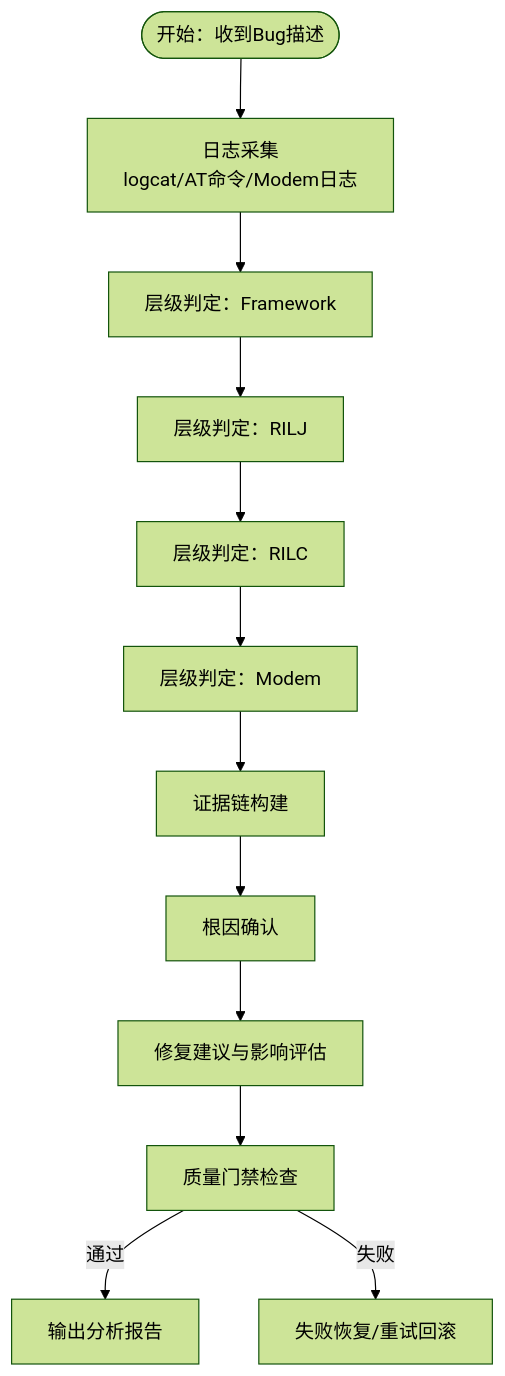
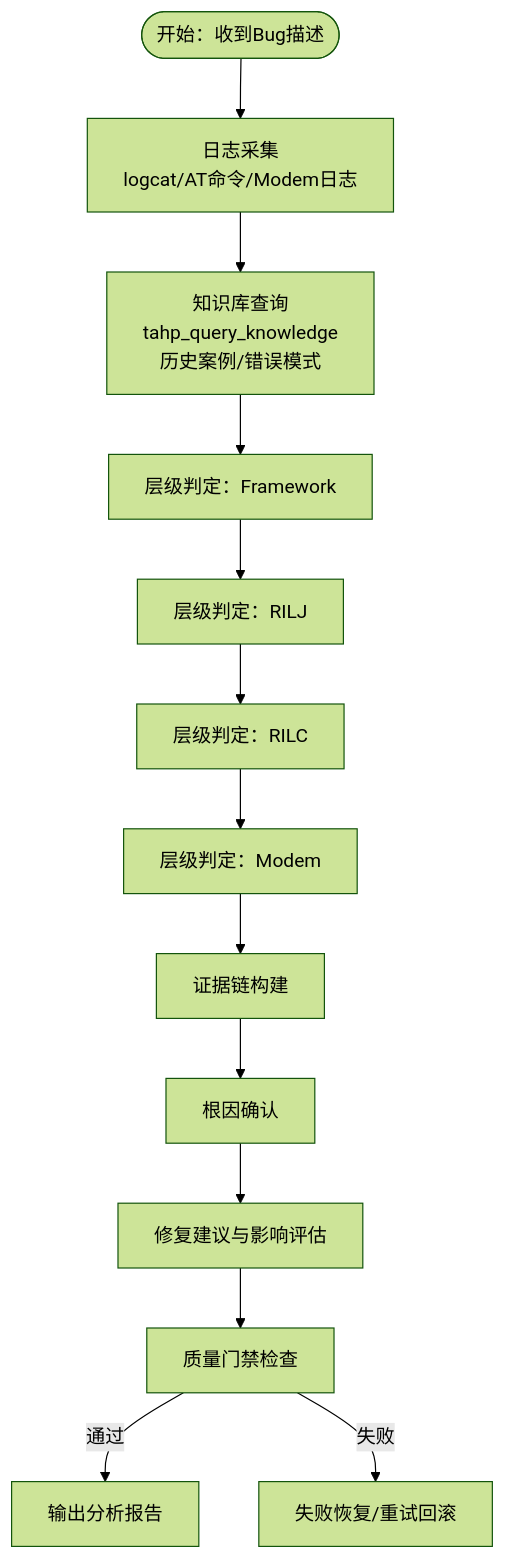
Before and after one commit to afcartevil/automated-test-script: the third of 6 diagrams in .qoder/repowiki/zh/content/项目概述/系统架构总览.md, drawn with Mermaid (forest theme). The commit also changed other lines of this file and 650 other files, not shown here.

````diff
--- a/.qoder/repowiki/zh/content/项目概述/系统架构总览.md
+++ b/.qoder/repowiki/zh/content/项目概述/系统架构总览.md
@@ -156,14 +200,15 @@
 ```mermaid
 flowchart TD
 Start(["开始：收到Bug描述"]) --> Collect["日志采集<br/>logcat/AT命令/Modem日志"]
-Collect --> Layer1["层级判定：Framework"]
+Collect --> QueryKB["知识库查询<br/>tahp_query_knowledge<br/>历史案例/错误模式"]
+QueryKB --> Layer1["层级判定：Framework"]
 Layer1 --> Layer2["层级判定：RILJ"]
 Layer2 --> Layer3["层级判定：RILC"]
 Layer3 --> Layer4["层级判定：Modem"]
 Layer4 --> Evidence["证据链构建"]
 Evidence --> RootCause["根因确认"]
 RootCause --> Plan["修复建议与影响评估"]
 Plan --> Gate["质量门禁检查"]
 Gate --> |通过| Output["输出分析报告"]
 Gate --> |失败| Retry["失败恢复/重试回滚"]
 ```
````
